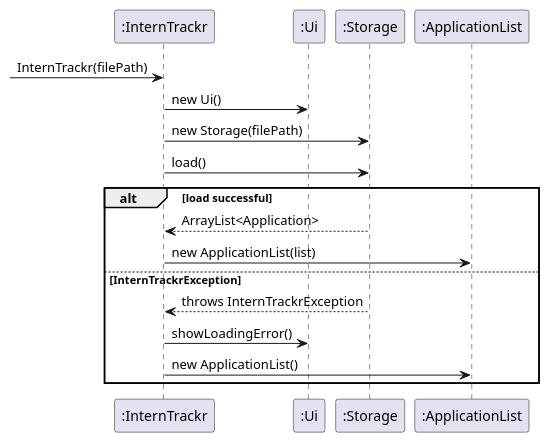
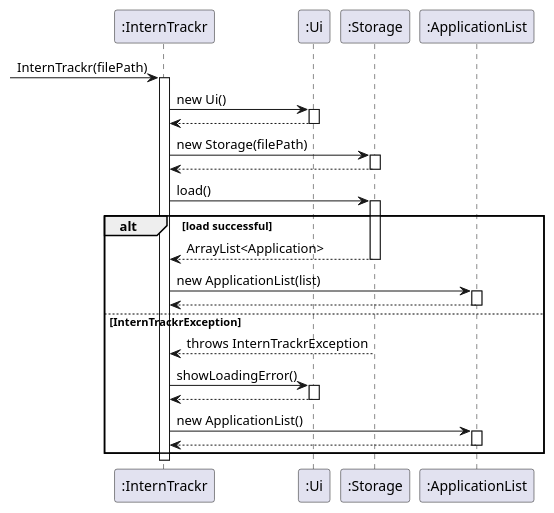
The diagram in docs/diagrams/SanjaiStartupSequence.puml (eugenia-cnl-lee/tp), drawn with PlantUML before and after one commit.

Commit message:
docs: add activation bars to SanjaiStartupSequence diagram

```diff
--- a/docs/diagrams/SanjaiStartupSequence.puml
+++ b/docs/diagrams/SanjaiStartupSequence.puml
@@ -1,19 +1,43 @@
 @startuml
 participant ":InternTrackr" as IT
 participant ":Ui" as UI
 participant ":Storage" as ST
 participant ":ApplicationList" as AL
 
 [-> IT : InternTrackr(filePath)
+activate IT
+
 IT -> UI : new Ui()
+activate UI
+UI --> IT
+deactivate UI
+
 IT -> ST : new Storage(filePath)
+activate ST
+ST --> IT
+deactivate ST
+
 IT -> ST : load()
+activate ST
 alt load successful
     ST --> IT : ArrayList<Application>
+    deactivate ST
     IT -> AL : new ApplicationList(list)
+    activate AL
+    AL --> IT
+    deactivate AL
 else InternTrackrException
     ST --> IT : throws InternTrackrException
+    deactivate ST
     IT -> UI : showLoadingError()
+    activate UI
+    UI --> IT
+    deactivate UI
     IT -> AL : new ApplicationList()
+    activate AL
+    AL --> IT
+    deactivate AL
 end
+
+deactivate IT
 @enduml
```
